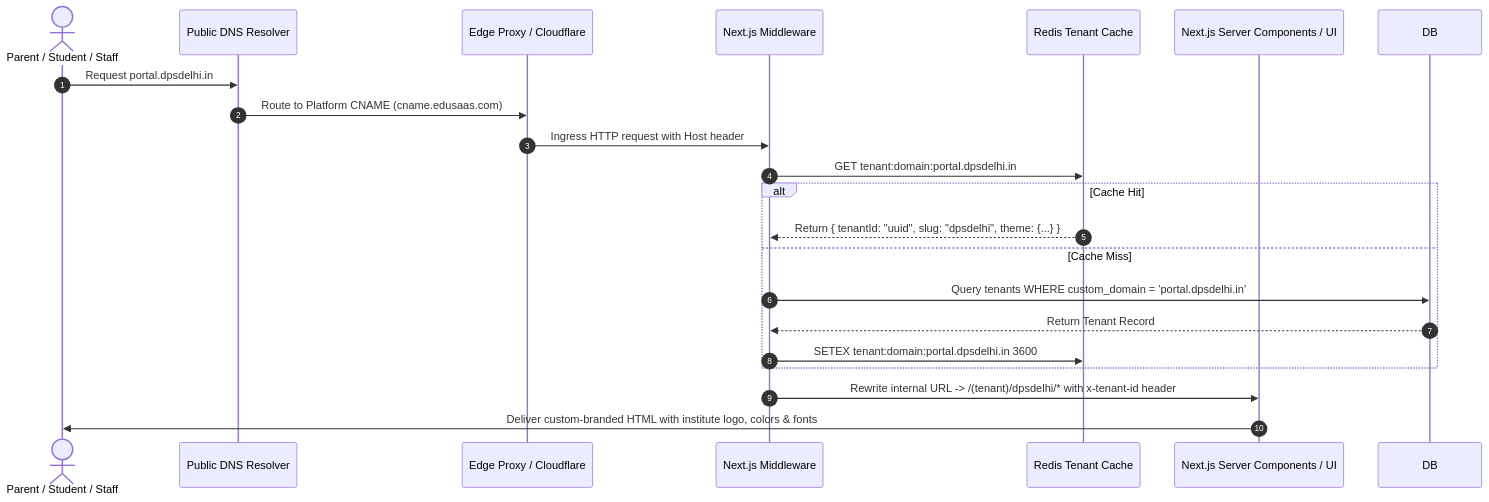
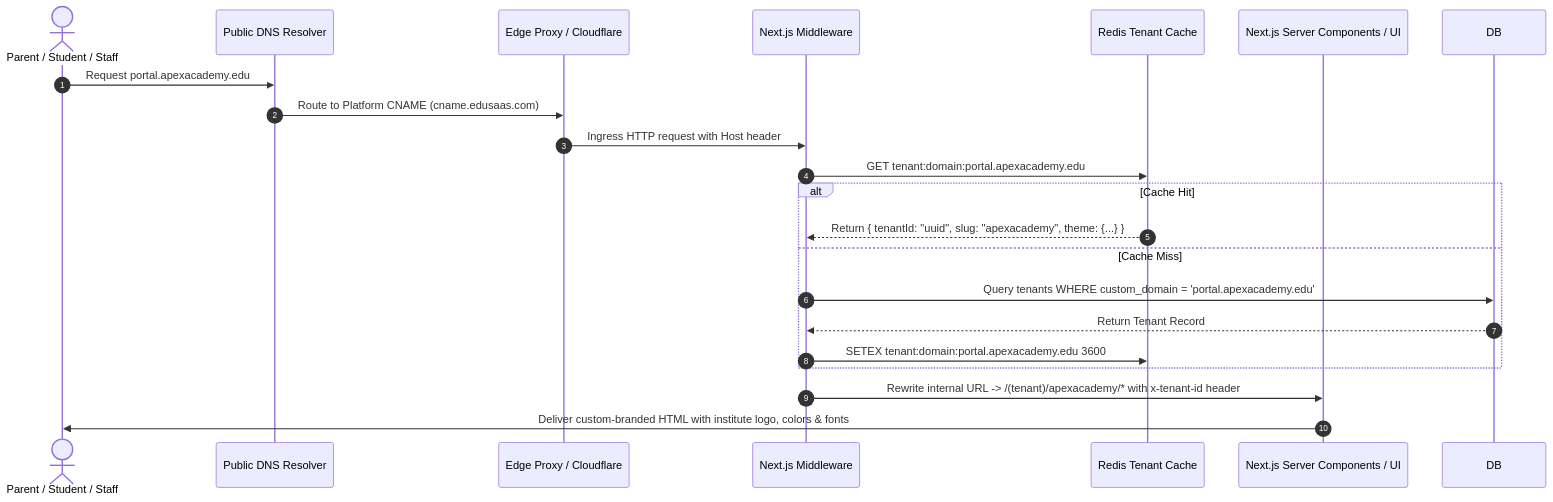
One commit to madyydam/occocore changed the diagram in docs/07-multi-tenancy-domains-branding.md. Above: the diagram before and after it, drawn with Mermaid. The commit also changed other lines of this file and 19 other files, not shown here.

````diff
--- a/docs/07-multi-tenancy-domains-branding.md
+++ b/docs/07-multi-tenancy-domains-branding.md
@@ -9,24 +9,24 @@
 ```mermaid
 sequenceDiagram
     autonumber
     actor User as Parent / Student / Staff
     participant DNS as Public DNS Resolver
     participant Edge as Edge Proxy / Cloudflare
     participant MW as Next.js Middleware
     participant Cache as Redis Tenant Cache
     participant App as Next.js Server Components / UI
 
-    User->>DNS: Request portal.dpsdelhi.in
+    User->>DNS: Request portal.apexacademy.edu
     DNS->>Edge: Route to Platform CNAME (cname.edusaas.com)
     Edge->>MW: Ingress HTTP request with Host header
-    MW->>Cache: GET tenant:domain:portal.dpsdelhi.in
+    MW->>Cache: GET tenant:domain:portal.apexacademy.edu
     alt Cache Hit
-        Cache-->>MW: Return { tenantId: "uuid", slug: "dpsdelhi", theme: {...} }
+        Cache-->>MW: Return { tenantId: "uuid", slug: "apexacademy", theme: {...} }
     else Cache Miss
-        MW->>DB: Query tenants WHERE custom_domain = 'portal.dpsdelhi.in'
+        MW->>DB: Query tenants WHERE custom_domain = 'portal.apexacademy.edu'
         DB-->>MW: Return Tenant Record
-        MW->>Cache: SETEX tenant:domain:portal.dpsdelhi.in 3600
+        MW->>Cache: SETEX tenant:domain:portal.apexacademy.edu 3600
     end
-    MW->>App: Rewrite internal URL -> /(tenant)/dpsdelhi/* with x-tenant-id header
+    MW->>App: Rewrite internal URL -> /(tenant)/apexacademy/* with x-tenant-id header
     App->>User: Deliver custom-branded HTML with institute logo, colors & fonts
 ```
````
